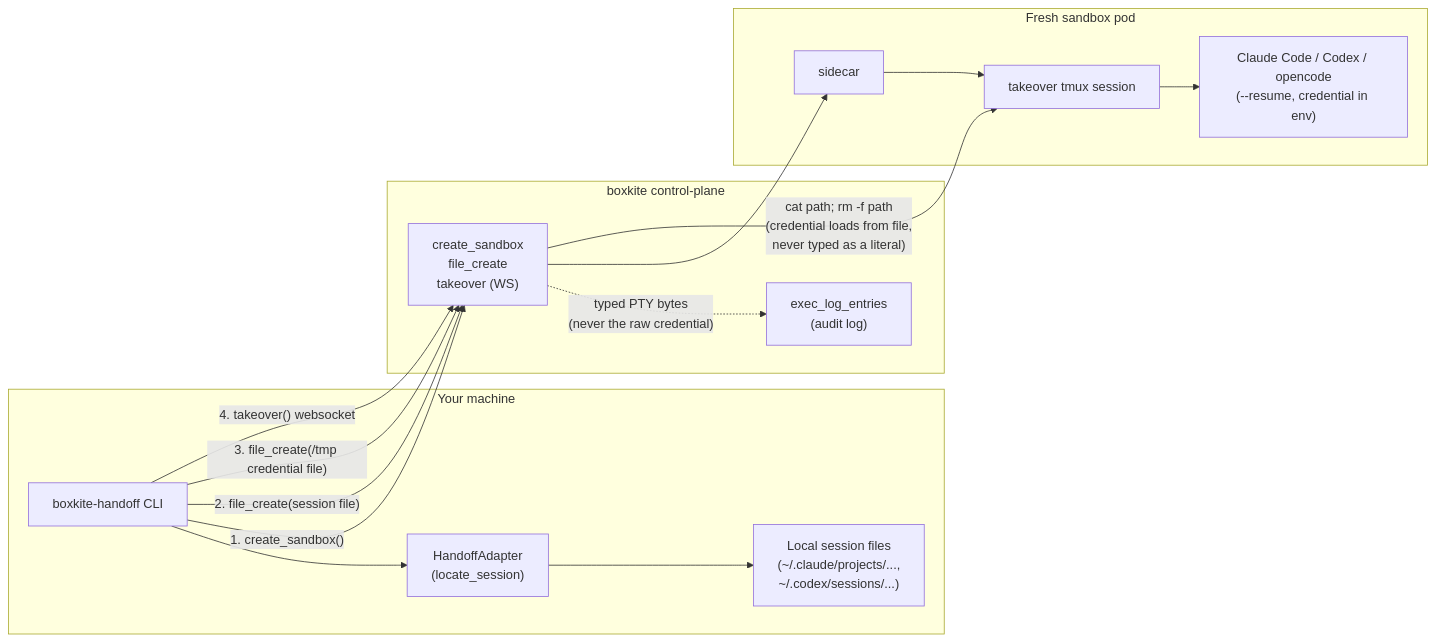
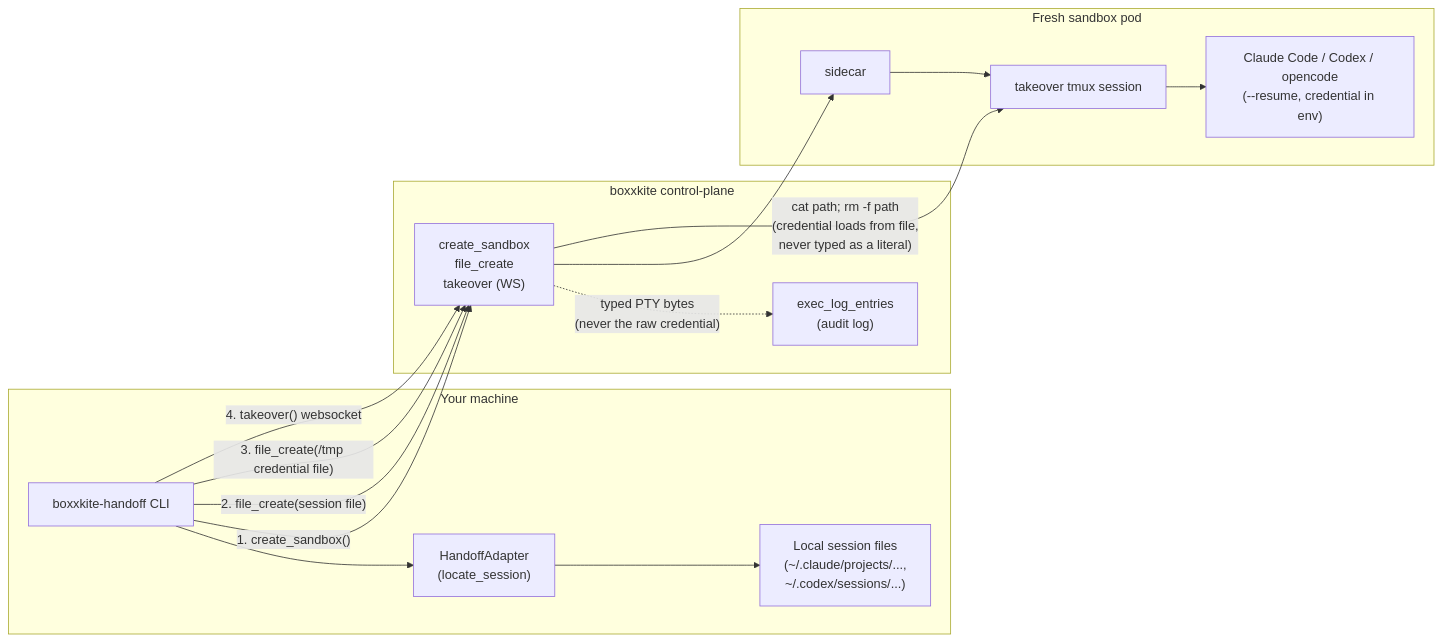
One commit to EvAlssment/boxxkite changed the first of 2 diagrams in docs/handoff-adapters.md. Above: the diagram before and after it, drawn with Mermaid. The commit also changed other lines of this file and 622 other files, not shown here.

Commit message:
rebrand: boxkite -> boxxkite across the public monorepo (+ reconcile #23)

````diff
--- a/docs/handoff-adapters.md
+++ b/docs/handoff-adapters.md
@@ -49,29 +49,29 @@
 ```mermaid
 flowchart LR
     subgraph local["Your machine"]
-        cli["boxkite-handoff CLI"]
+        cli["boxxkite-handoff CLI"]
         adapter["HandoffAdapter\n(locate_session)"]
         files["Local session files\n(~/.claude/projects/...,\n~/.codex/sessions/...)"]
         cli --> adapter --> files
     end
 
-    subgraph cloud["boxkite control-plane"]
+    subgraph cloud["boxxkite control-plane"]
         cp["create_sandbox\nfile_create\ntakeover (WS)"]
         audit["exec_log_entries\n(audit log)"]
         cp -.->|"typed PTY bytes\n(never the raw credential)"| audit
     end
 
     subgraph sandbox["Fresh sandbox pod"]
         sidecar["sidecar"]
         pty["takeover tmux session"]
         tool["Claude Code / Codex / opencode\n(--resume, credential in env)"]
         sidecar --> pty --> tool
     end
 
     cli -->|"1. create_sandbox()"| cp
     cli -->|"2. file_create(session file)"| cp
     cli -->|"3. file_create(/tmp credential file)"| cp
     cli -->|"4. takeover() websocket"| cp
     cp --> sidecar
     cp -->|"cat path; rm -f path\n(credential loads from file,\nnever typed as a literal)"| pty
 ```
````
